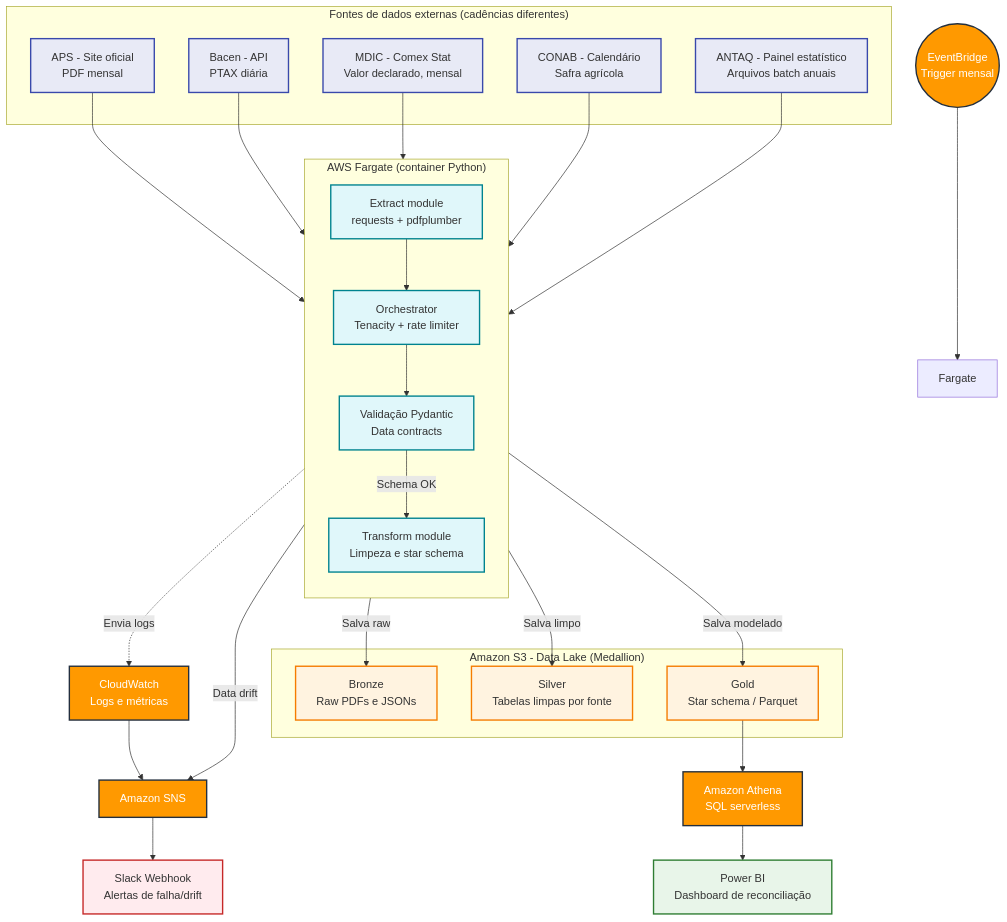
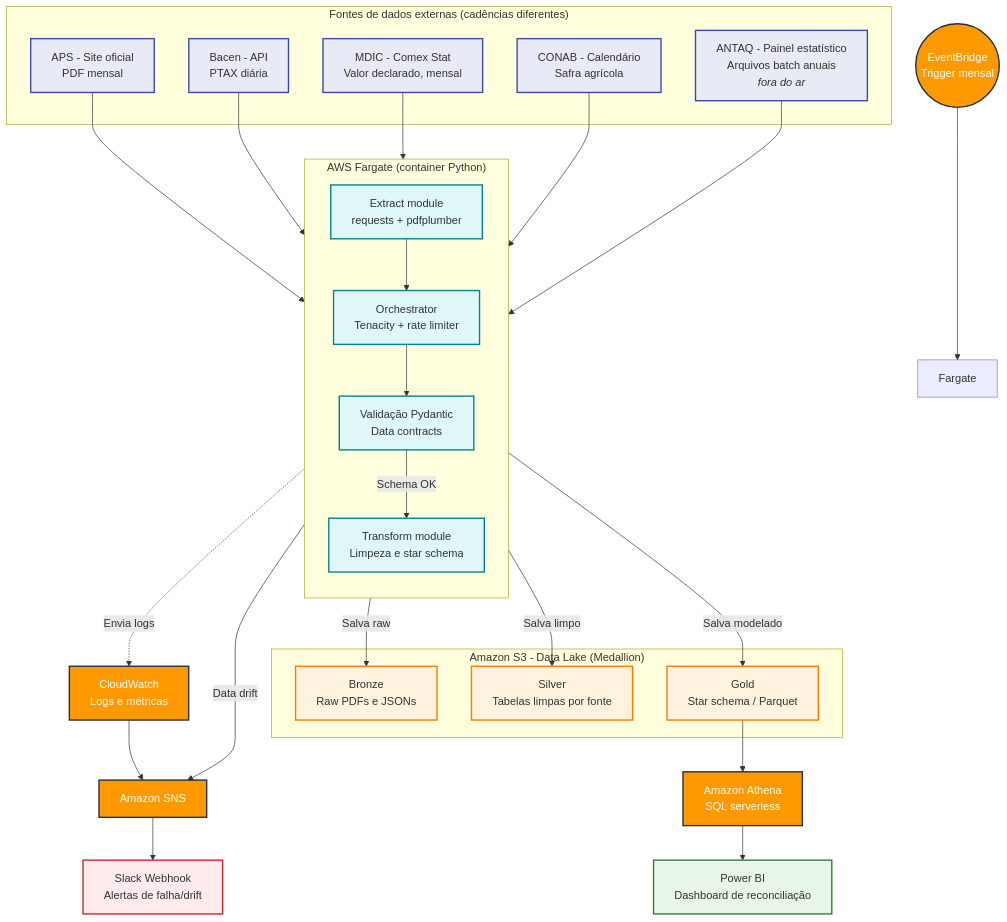
Before and after one commit to Magalhaes-vitor/comex-data-product: the diagram in README.md, drawn with Mermaid. The commit also changed other lines of this file and 8 other files, not shown here.

````diff
--- a/README.md
+++ b/README.md
@@ -100,56 +109,56 @@
 ```mermaid
 graph TD
     classDef source fill:#E8EAF6,stroke:#3949AB,stroke-width:2px;
     classDef aws fill:#FF9900,stroke:#232F3E,stroke-width:2px,color:#FFFFFF;
     classDef storage fill:#FFF3E0,stroke:#F57C00,stroke-width:2px;
     classDef compute fill:#E0F7FA,stroke:#00838F,stroke-width:2px;
     classDef monitor fill:#FFEBEE,stroke:#C62828,stroke-width:2px;
     classDef bi fill:#E8F5E9,stroke:#2E7D32,stroke-width:2px;
 
     subgraph Extras["Fontes de dados externas (cadências diferentes)"]
         APS[APS - Site oficial<br>PDF mensal]:::source
         BACEN[Bacen - API<br>PTAX diária]:::source
         MDIC[MDIC - Comex Stat<br>Valor declarado, mensal]:::source
         CONAB[CONAB - Calendário<br>Safra agrícola]:::source
-        ANTAQ[ANTAQ - Painel estatístico<br>Arquivos batch anuais]:::source
+        ANTAQ[ANTAQ - Painel estatístico<br>Arquivos batch anuais<br><i>fora do ar</i>]:::source
     end
 
     EB(("EventBridge<br>Trigger mensal")):::aws --> Fargate
 
     subgraph Compute["AWS Fargate (container Python)"]
         direction TB
         Orchestrator[Orchestrator<br>Tenacity + rate limiter]:::compute
         Extract[Extract module<br>requests + pdfplumber]:::compute
         Validation[Validação Pydantic<br>Data contracts]:::compute
         Transform[Transform module<br>Limpeza e star schema]:::compute
     end
 
     subgraph Lake["Amazon S3 - Data Lake (Medallion)"]
         Bronze[Bronze<br>Raw PDFs e JSONs]:::storage
         Silver[Silver<br>Tabelas limpas por fonte]:::storage
         Gold[Gold<br>Star schema / Parquet]:::storage
     end
 
     Athena[Amazon Athena<br>SQL serverless]:::aws --> BI[Power BI<br>Dashboard de reconciliação]:::bi
 
     CW[CloudWatch<br>Logs e métricas]:::aws --> SNS[Amazon SNS]:::aws --> Slack[Slack Webhook<br>Alertas de falha/drift]:::monitor
 
     APS --> Extract
     BACEN --> Extract
     MDIC --> Extract
     CONAB --> Extract
     ANTAQ --> Extract
 
     Extract --> Orchestrator
     Orchestrator --> Validation
 
     Validation -- "Schema OK" --> Transform
     Validation -- "Data drift" --> SNS
 
     Transform -->|Salva raw| Bronze
     Transform -->|Salva limpo| Silver
     Transform -->|Salva modelado| Gold
 
     Gold --> Athena
     Transform -.->|Envia logs| CW
 ```
````
